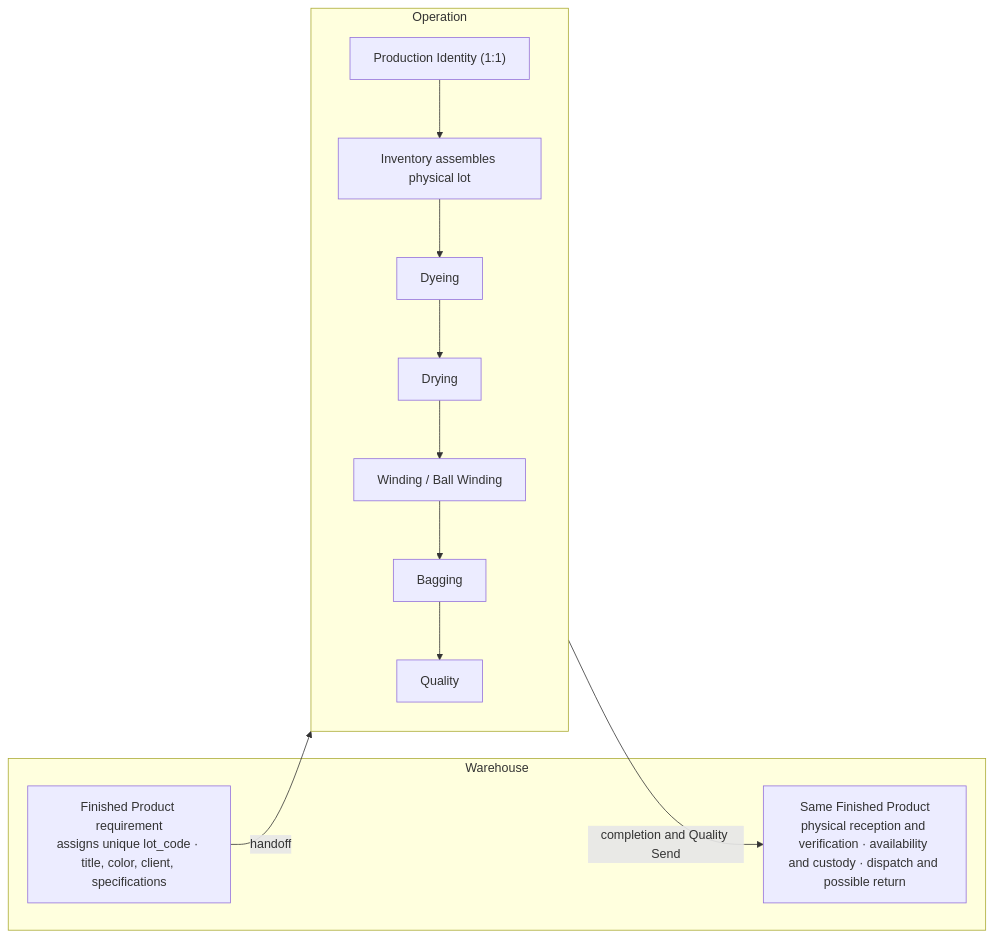
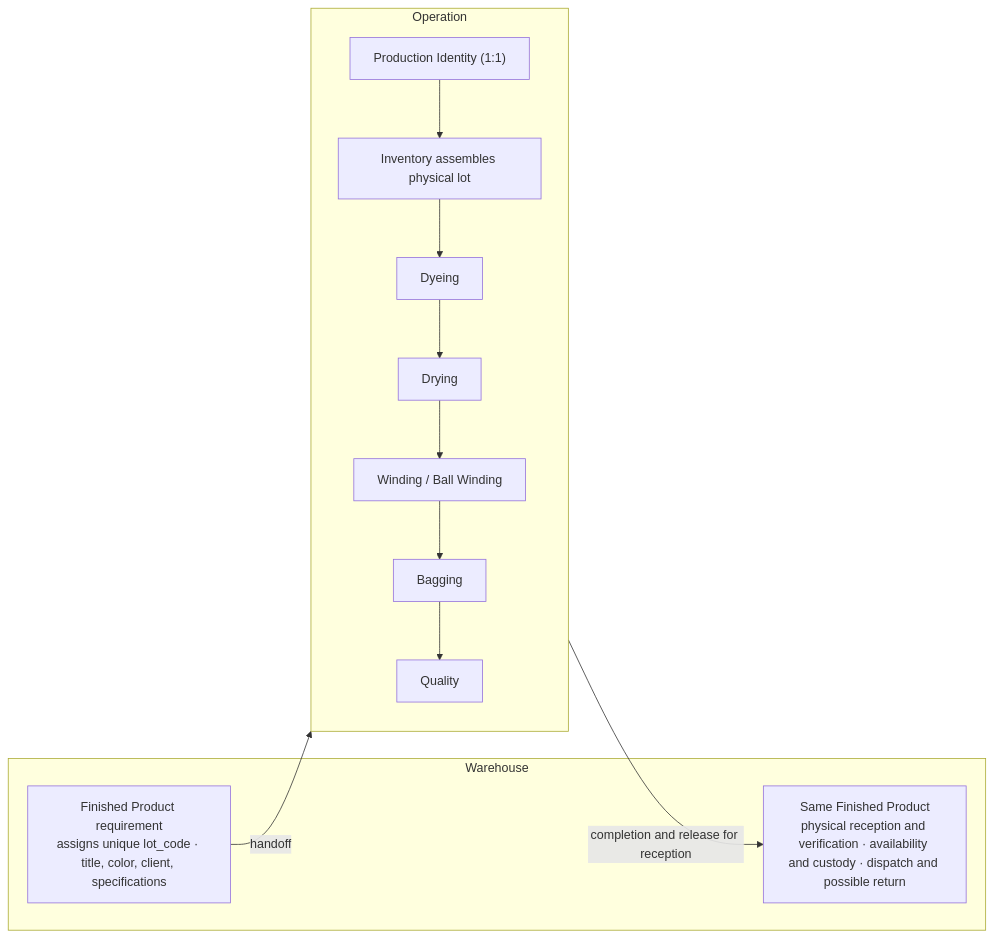
One commit to luiscm17/colibri-hub changed the first of 2 diagrams in docs/prd/operation/lot-processing.md. Above: the diagram before and after it, drawn with Mermaid. The commit also changed other lines of this file and 4 other files, not shown here.

````diff
--- a/docs/prd/operation/lot-processing.md
+++ b/docs/prd/operation/lot-processing.md
@@ -51,20 +51,20 @@
 ```mermaid
 flowchart LR
     subgraph WarehouseA["Warehouse"]
         REQ["Finished Product requirement<br/>assigns unique lot_code · title, color, client, specifications"]
         FPR["Same Finished Product<br/>physical reception and verification · availability and custody · dispatch and possible return"]
     end
     subgraph Operation["Operation"]
         direction TB
         PID["Production Identity (1:1)"]
         INV["Inventory assembles physical lot"]
         DYE["Dyeing"]
         DRY["Drying"]
         WIN["Winding / Ball Winding"]
         BAG["Bagging"]
         QUA["Quality"]
     end
     REQ -- "handoff" --> PID
     PID --> INV --> DYE --> DRY --> WIN --> BAG --> QUA
-    QUA -- "completion and Quality Send" --> FPR
+    QUA -- "completion and release for reception" --> FPR
 ```
````
